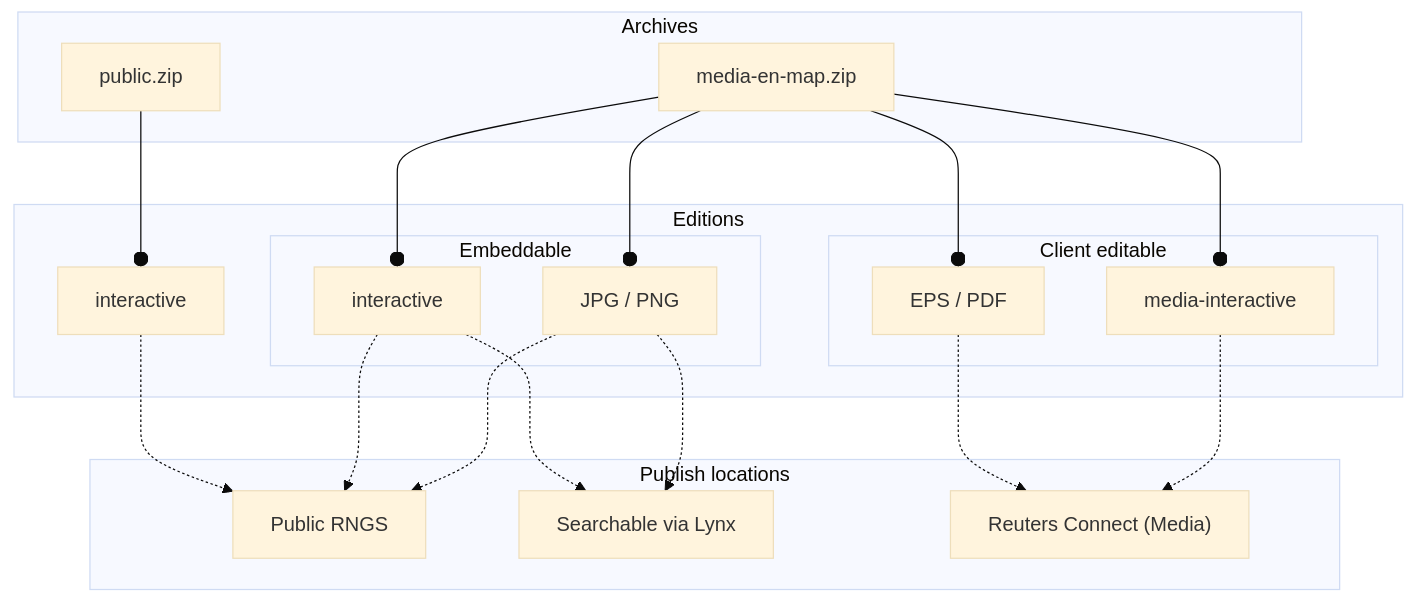
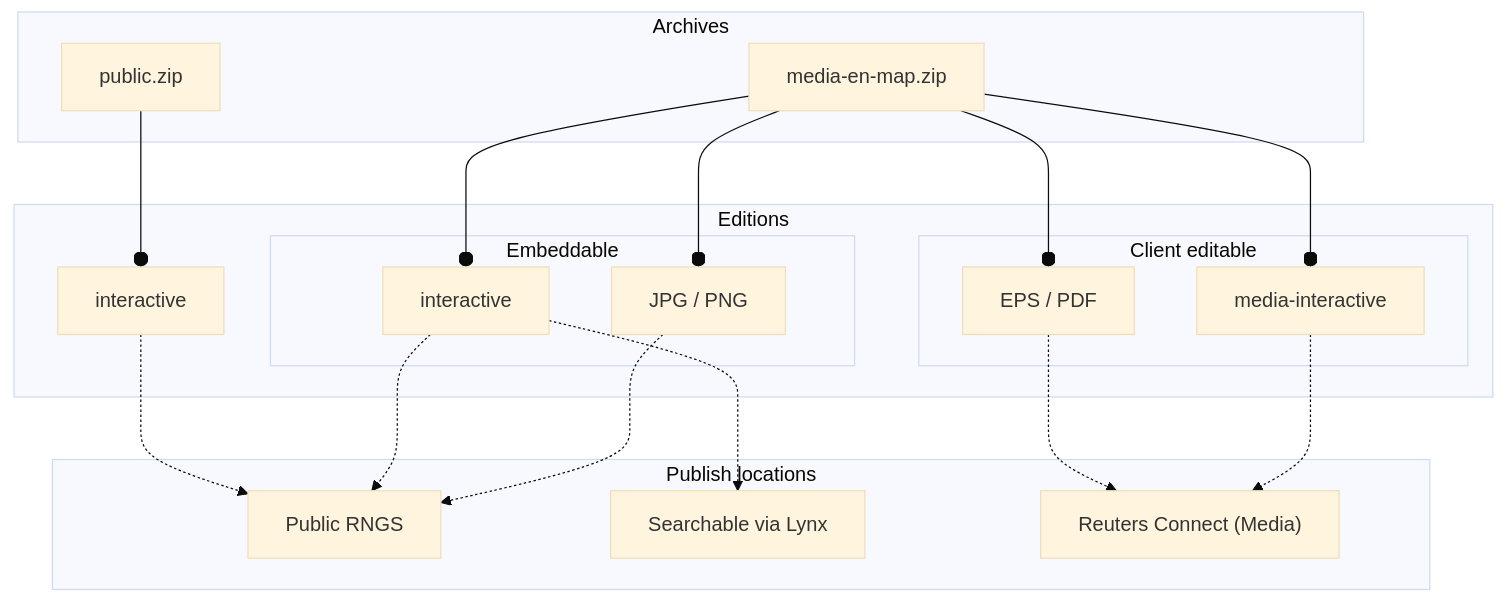
The diagram in docs/content/docs/sphinx.mdx (reuters-graphics/graphics-kit-publisher), drawn with Mermaid (base theme) before and after one commit. The commit also changed other lines of this file, not shown here.

````diff
--- a/docs/content/docs/sphinx.mdx
+++ b/docs/content/docs/sphinx.mdx
@@ -138,49 +138,48 @@
 ```mermaid
 flowchart TB
   public[public.zip]
   media["media-en-map.zip"]
   page-interactive[interactive]
   embed-interactive[interactive]
   media-interactive
   PNG[JPG / PNG]
   EPS[EPS / PDF]
   RNGS[Public RNGS]
   Lynx[Searchable via Lynx]
   Connect["Reuters Connect (Media)"]
   page-interactive-.->RNGS
   embed-interactive-.->RNGS
   embed-interactive-.->Lynx
-  PNG-.->Lynx
   PNG-.->RNGS
   EPS-.->Connect
   media-interactive-.->Connect
   public --o page-interactive
   media --o embed-interactive
   media --o EPS
   media --o media-interactive
   media --o PNG
   subgraph Archives
     public
     media
   end
   subgraph Editions
     page-interactive
     embed-interactive
     EPS
     media-interactive
     PNG
     subgraph Embeddable
       embed-interactive
       PNG
     end
     subgraph Client editable
       EPS
       media-interactive
     end
   end
   subgraph Publish locations
     RNGS
     Lynx
     Connect
   end
 ```
````
